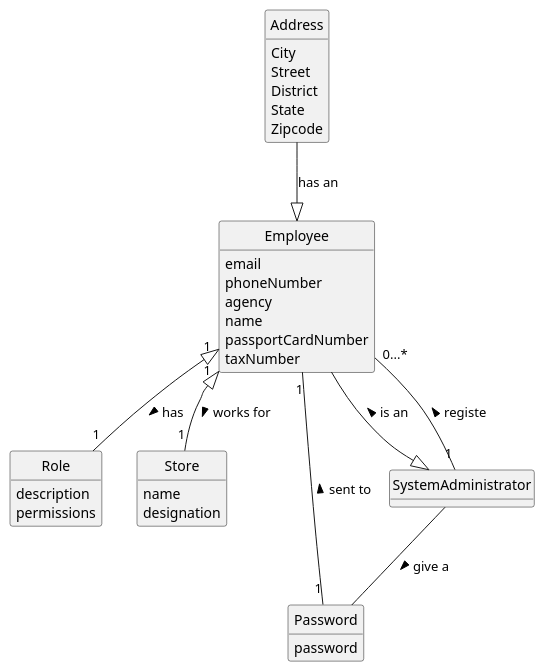
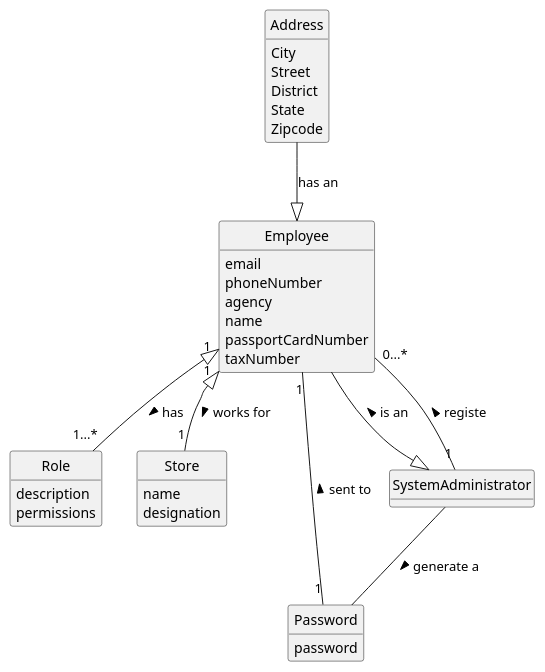
Before and after one commit to 1220812/LAPR2: the diagram in docs/sprintB/us003/02.analysis/puml/us003-domain-model.puml, drawn with PlantUML. The commit also changed 2 other files, not shown here.

```diff
--- a/docs/sprintB/us003/02.analysis/puml/us003-domain-model.puml
+++ b/docs/sprintB/us003/02.analysis/puml/us003-domain-model.puml
@@ -1,54 +1,54 @@
 @startuml
 skinparam monochrome true
 skinparam packageStyle rectangle
 skinparam shadowing false
 'skinparam linetype ortho
 'left to right direction
 skinparam classAttributeIconSize 0
 hide circle
 hide methods
 
 
 class Employee {
     email
     phoneNumber
     agency
     name
     passportCardNumber
     taxNumber
 
 }
 
 class Address {
     City
     Street
     District
     State
     Zipcode
 }
 
 class Role{
     description
     permissions
 }
 
 class Store{
     name
     designation
     }
 
 
 class Password {
     password
 }
 
 Address --|> Employee: has an
 SystemAdministrator "1"--"0...*" Employee: registe >
 Employee --|> SystemAdministrator: is an <
 Employee "1"--"1" Password: sent to <
 Employee "1"<|--"1" Store: works for >
-Employee "1"<|--"1" Role: has >
-SystemAdministrator -- Password: give a >
+Employee "1"<|--"1...*" Role: has >
+SystemAdministrator -- Password: generate a >
 
 
 @enduml
```
